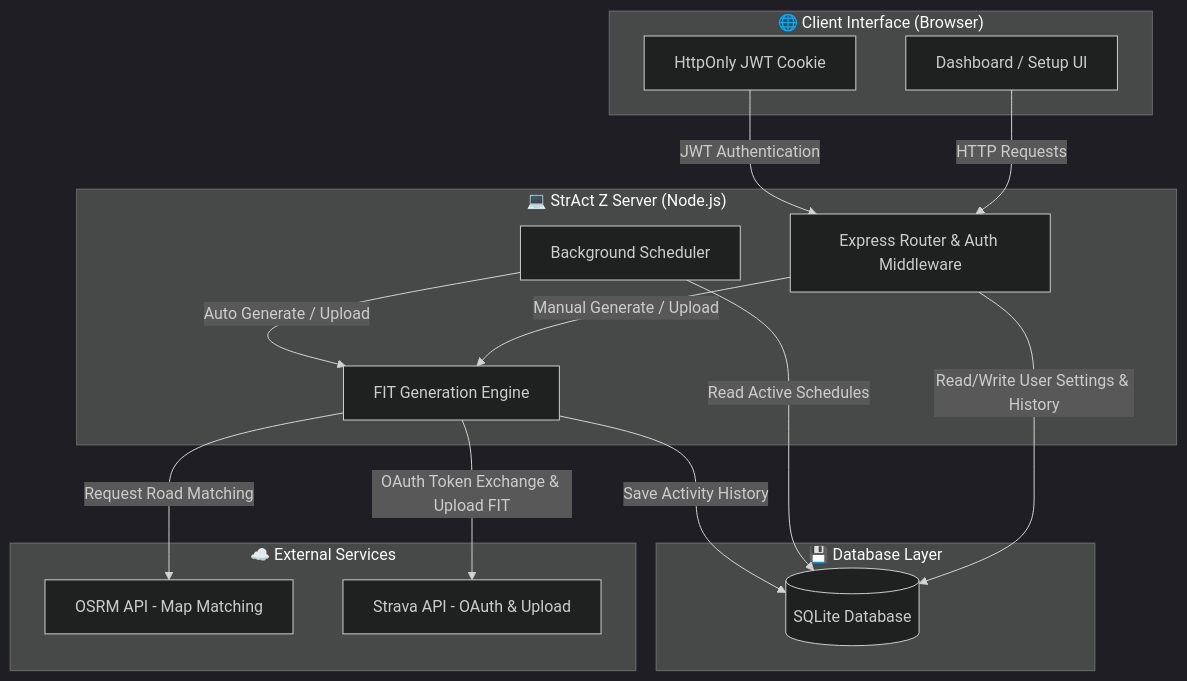
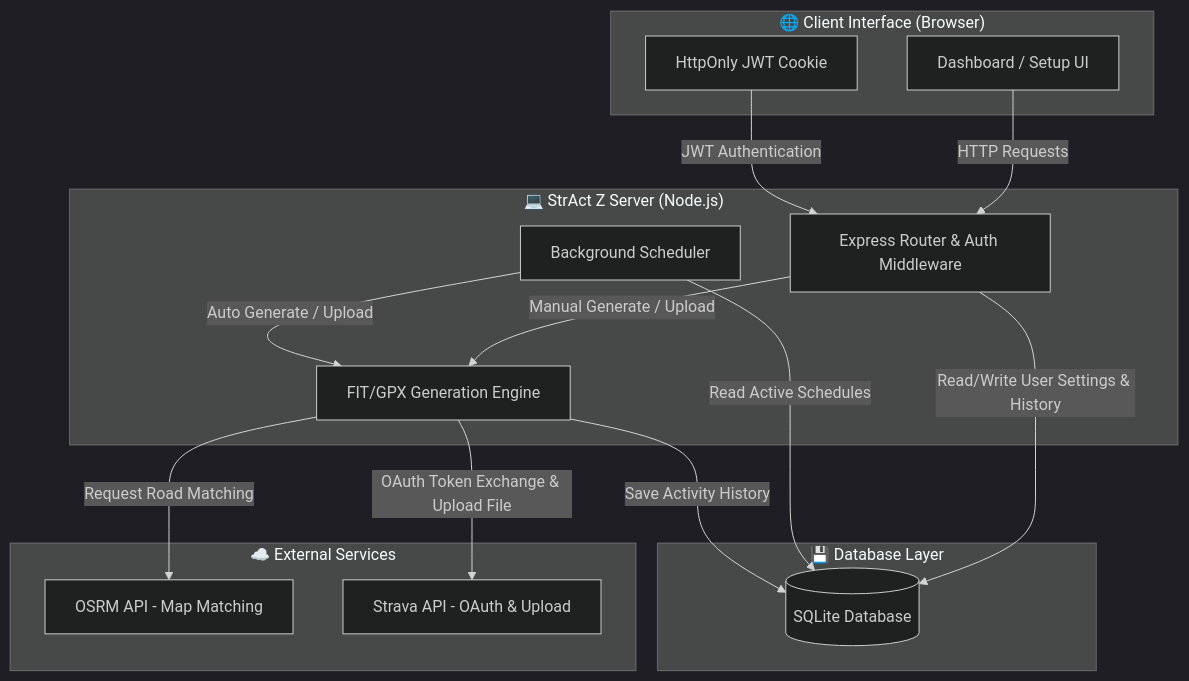
The first of 5 diagrams in docs/ARCHITECTURE.md (lucthienphong1120/StrAct-Z), drawn with Mermaid (dark theme) before and after one commit. The commit also changed other lines of this file, not shown here.

Commit message:
docs: fix mermaid syntax and align ER diagram with database columns in ARCHITECTURE.md

````diff
--- a/docs/ARCHITECTURE.md
+++ b/docs/ARCHITECTURE.md
@@ -11,37 +11,37 @@
 ```mermaid
 graph TB
     subgraph Client ["🌐 Client Interface (Browser)"]
-        UI[Dashboard / Setup UI]
-        Storage[HttpOnly JWT Cookie]
+        UI["Dashboard / Setup UI"]
+        Storage["HttpOnly JWT Cookie"]
     end
 
     subgraph Server ["💻 StrAct Z Server (Node.js)"]
-        Router[Express Router & Auth Middleware]
-        Engine[FIT Generation Engine]
-        Scheduler[Background Scheduler]
+        Router["Express Router & Auth Middleware"]
+        Engine["FIT/GPX Generation Engine"]
+        Scheduler["Background Scheduler"]
     end
 
     subgraph DB ["💾 Database Layer"]
-        SQLite[(SQLite Database)]
+        SQLite[("SQLite Database")]
     end
 
     subgraph External ["☁️ External Services"]
-        OSRM[OSRM API - Map Matching]
-        Strava[Strava API - OAuth & Upload]
+        OSRM["OSRM API - Map Matching"]
+        Strava["Strava API - OAuth & Upload"]
     end
 
     %% Client to Server
     UI -->|HTTP Requests| Router
     Storage -->|JWT Authentication| Router
     
     %% Server Components
     Router -->|Read/Write User Settings & History| SQLite
     Router -->|Manual Generate / Upload| Engine
     Scheduler -->|Read Active Schedules| SQLite
     Scheduler -->|Auto Generate / Upload| Engine
     
     %% FIT Engine Actions
     Engine -->|Request Road Matching| OSRM
     Engine -->|Save Activity History| SQLite
-    Engine -->|OAuth Token Exchange & Upload FIT| Strava
+    Engine -->|OAuth Token Exchange & Upload File| Strava
 ```
````
